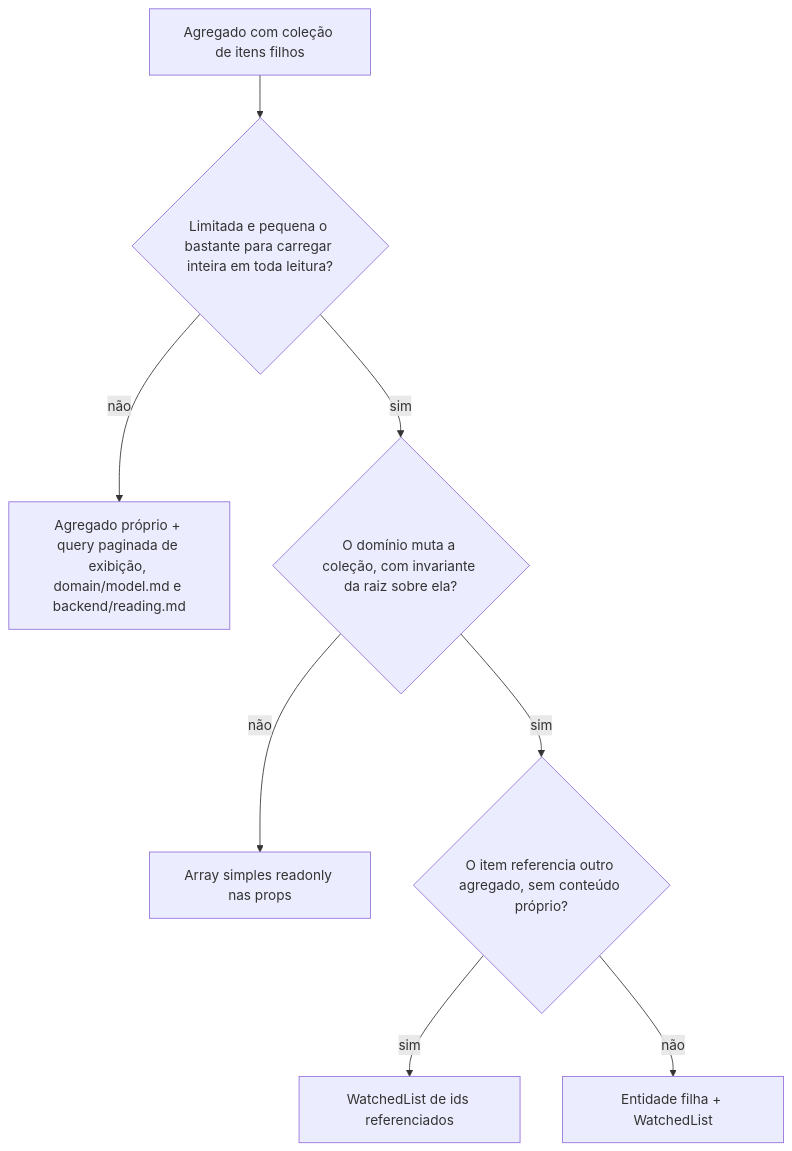
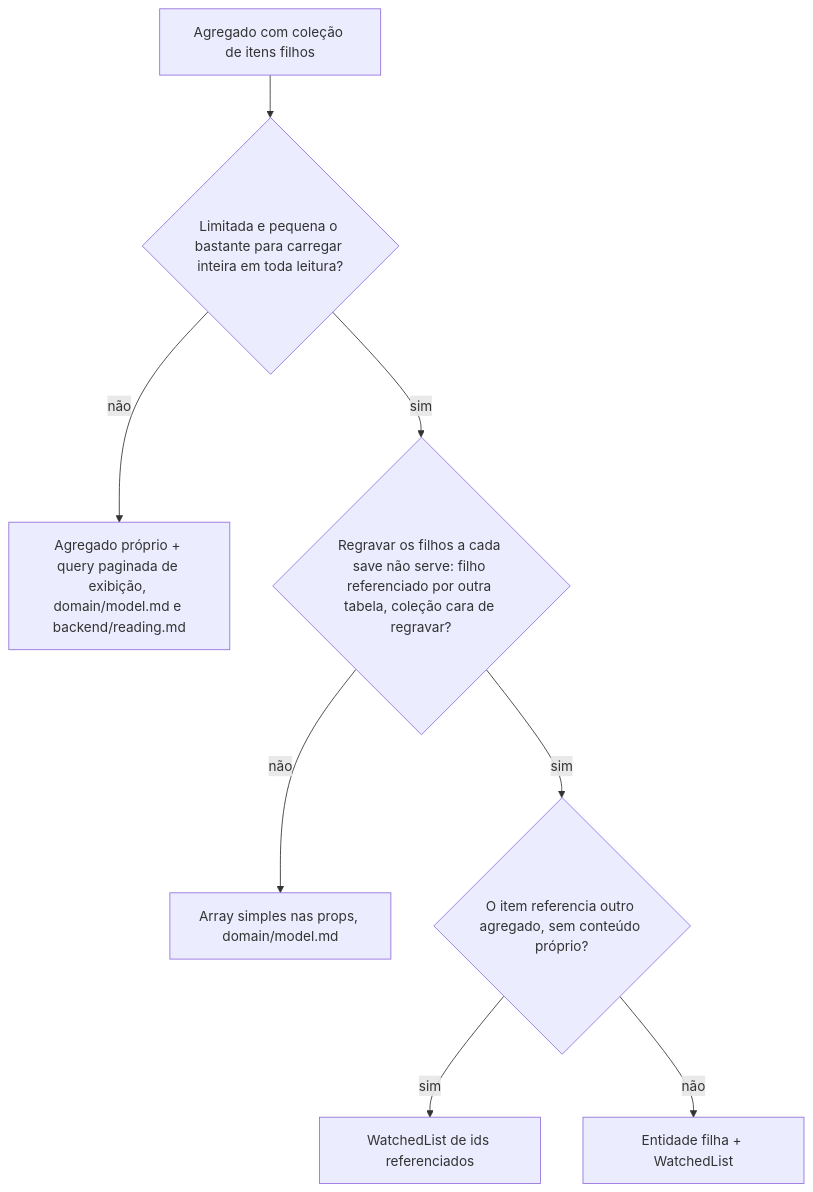
One commit to otonydesideri/metri changed the diagram in architecture/domain/watched-list.md. Above: the diagram before and after it, drawn with Mermaid. The commit also changed other lines of this file and 48 other files, not shown here.

````diff
--- a/architecture/domain/watched-list.md
+++ b/architecture/domain/watched-list.md
@@ -38,10 +24,10 @@
 ```mermaid
 flowchart TD
     start[Agregado com coleção de itens filhos] --> q1{Limitada e pequena o bastante para carregar inteira em toda leitura?}
     q1 -- não --> own[Agregado próprio + query paginada de exibição, domain/model.md e backend/reading.md]
-    q1 -- sim --> q2{O domínio muta a coleção, com invariante da raiz sobre ela?}
-    q2 -- não --> plain[Array simples readonly nas props]
+    q1 -- sim --> q2{Regravar os filhos a cada save não serve: filho referenciado por outra tabela, coleção cara de regravar?}
+    q2 -- não --> plain[Array simples nas props, domain/model.md]
     q2 -- sim --> q3{O item referencia outro agregado, sem conteúdo próprio?}
     q3 -- sim --> ids[WatchedList de ids referenciados]
     q3 -- não --> entity[Entidade filha + WatchedList]
 ```
````
